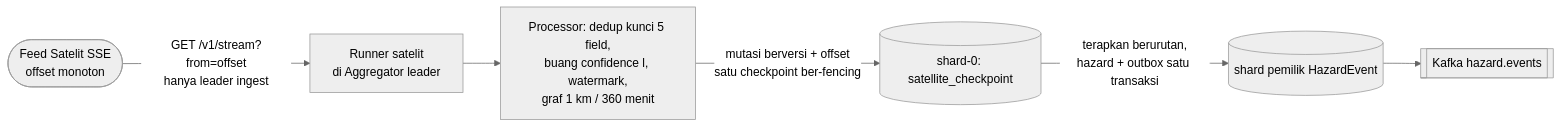
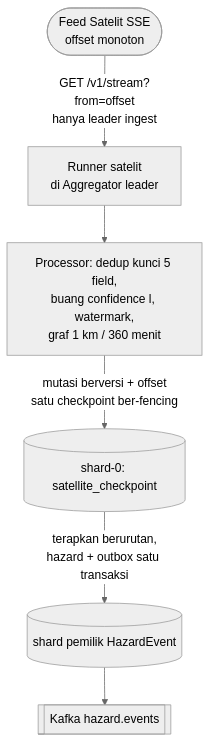
Before and after one commit to andi-frame/OrangSuksesAamiin: the diagram in docs/report/m2/04-p4.md, drawn with Mermaid (neutral theme). The commit also changed 23 other files, not shown here.

````diff
--- a/docs/report/m2/04-p4.md
+++ b/docs/report/m2/04-p4.md
@@ -31,8 +31,8 @@
 ```mermaid
-flowchart LR
+flowchart TB
   F([Feed Satelit SSE<br/>offset monoton]) -->|"GET /v1/stream?from=offset<br/>hanya leader ingest"| R[Runner satelit<br/>di Aggregator leader]
   R --> P[Processor: dedup kunci 5 field,<br/>buang confidence l, watermark,<br/>graf 1 km / 360 menit]
   P -->|"mutasi berversi + offset<br/>satu checkpoint ber-fencing"| M[(shard-0: satellite_checkpoint)]
   M -->|"terapkan berurutan,<br/>hazard + outbox satu transaksi"| S[(shard pemilik HazardEvent)]
   S --> K[[Kafka hazard.events]]
 ```
````
